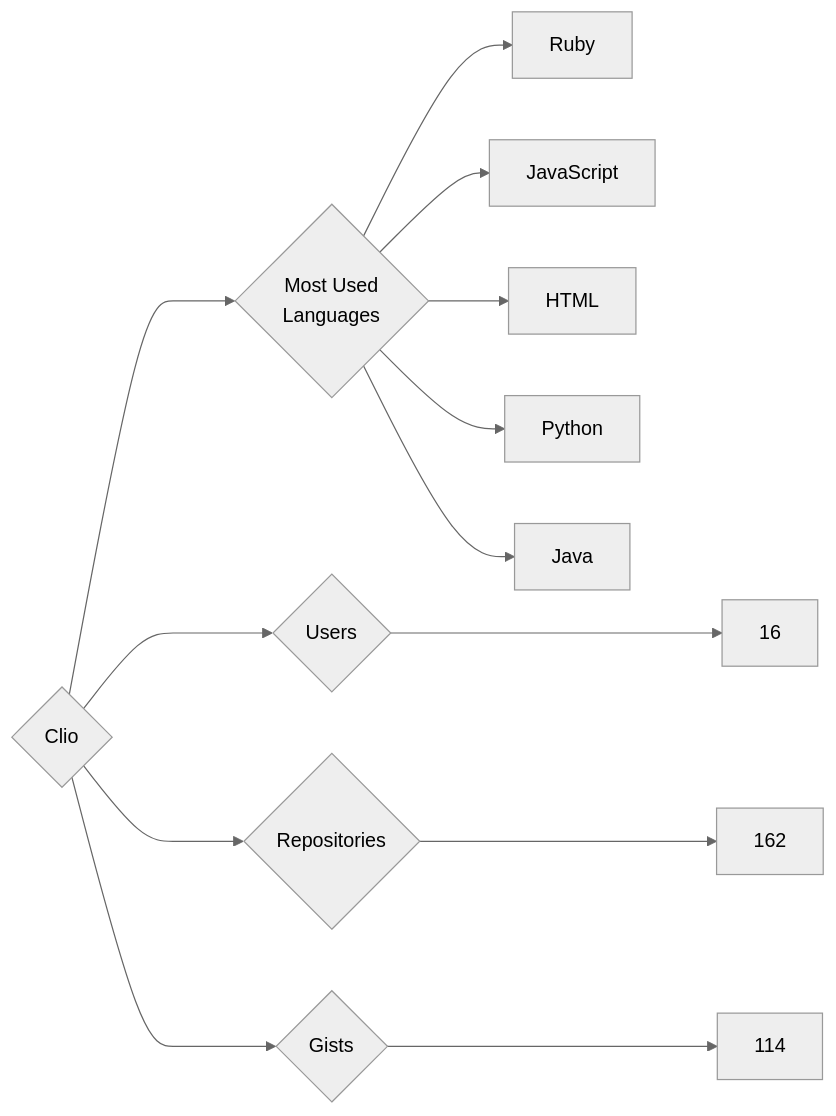
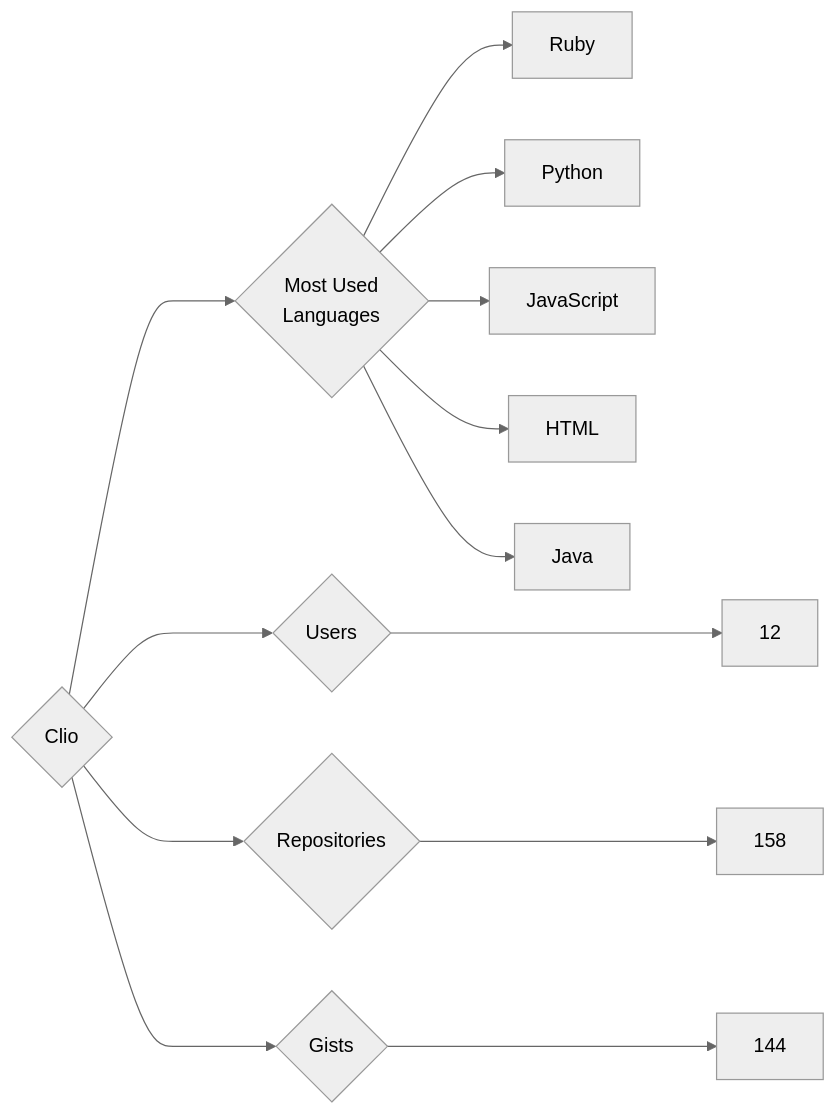
The diagram in targets/Clio/README.md (trickest/insiders), drawn with Mermaid (neutral theme) before and after one commit. The commit also changed 699 other files, not shown here.

````diff
--- a/targets/Clio/README.md
+++ b/targets/Clio/README.md
@@ -3,13 +3,13 @@
 ```mermaid
 graph LR
 COMPANY_NAME{Clio}
-COMPANY_NAME ---> U{Users} ---> UN[16]
-COMPANY_NAME ---> R{Repositories} ---> RN[162]
-COMPANY_NAME ---> G{Gists} ---> GN[114]
+COMPANY_NAME ---> U{Users} ---> UN[12]
+COMPANY_NAME ---> R{Repositories} ---> RN[158]
+COMPANY_NAME ---> G{Gists} ---> GN[144]
 COMPANY_NAME ---> ML{Most Used<br>Languages}
 ML --> Ruby[Ruby]
+ML --> Python[Python]
 ML --> JavaScript[JavaScript]
 ML --> HTML[HTML]
-ML --> Python[Python]
 ML --> Java[Java]
 ```
````
